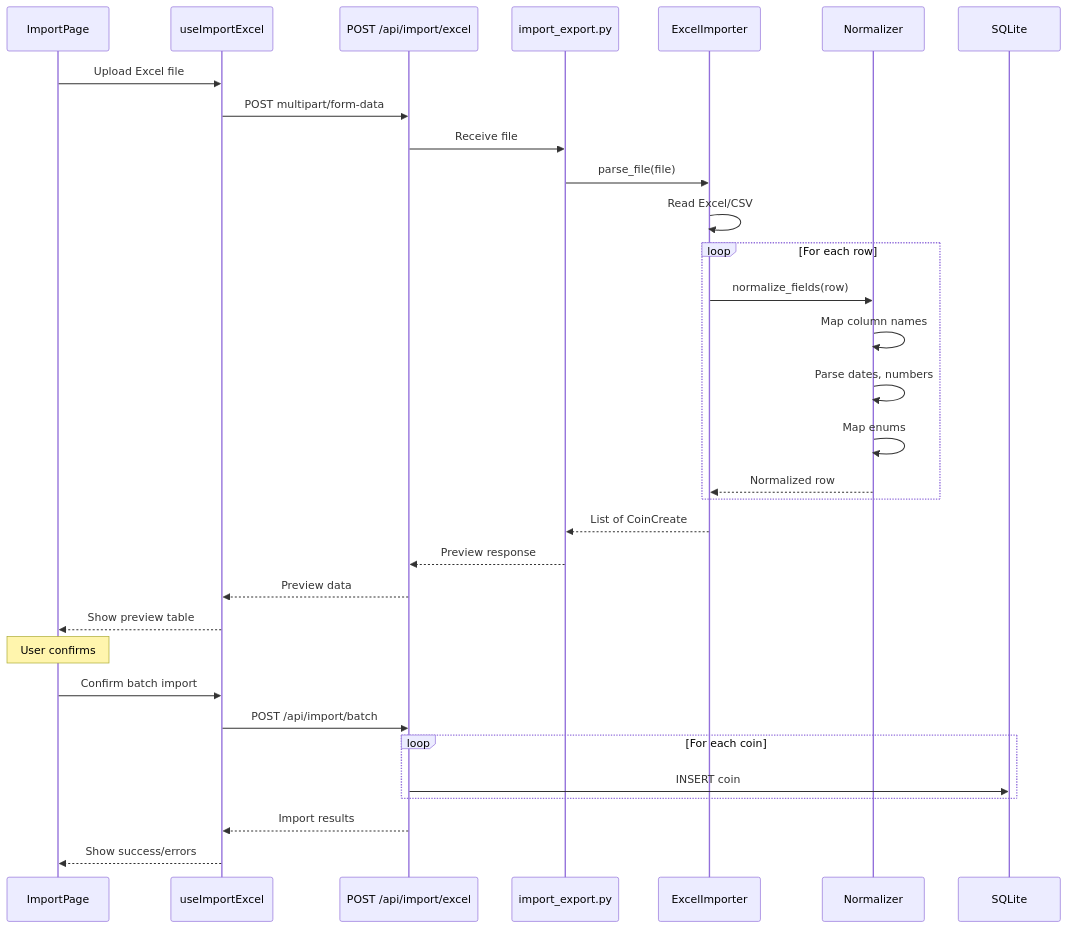
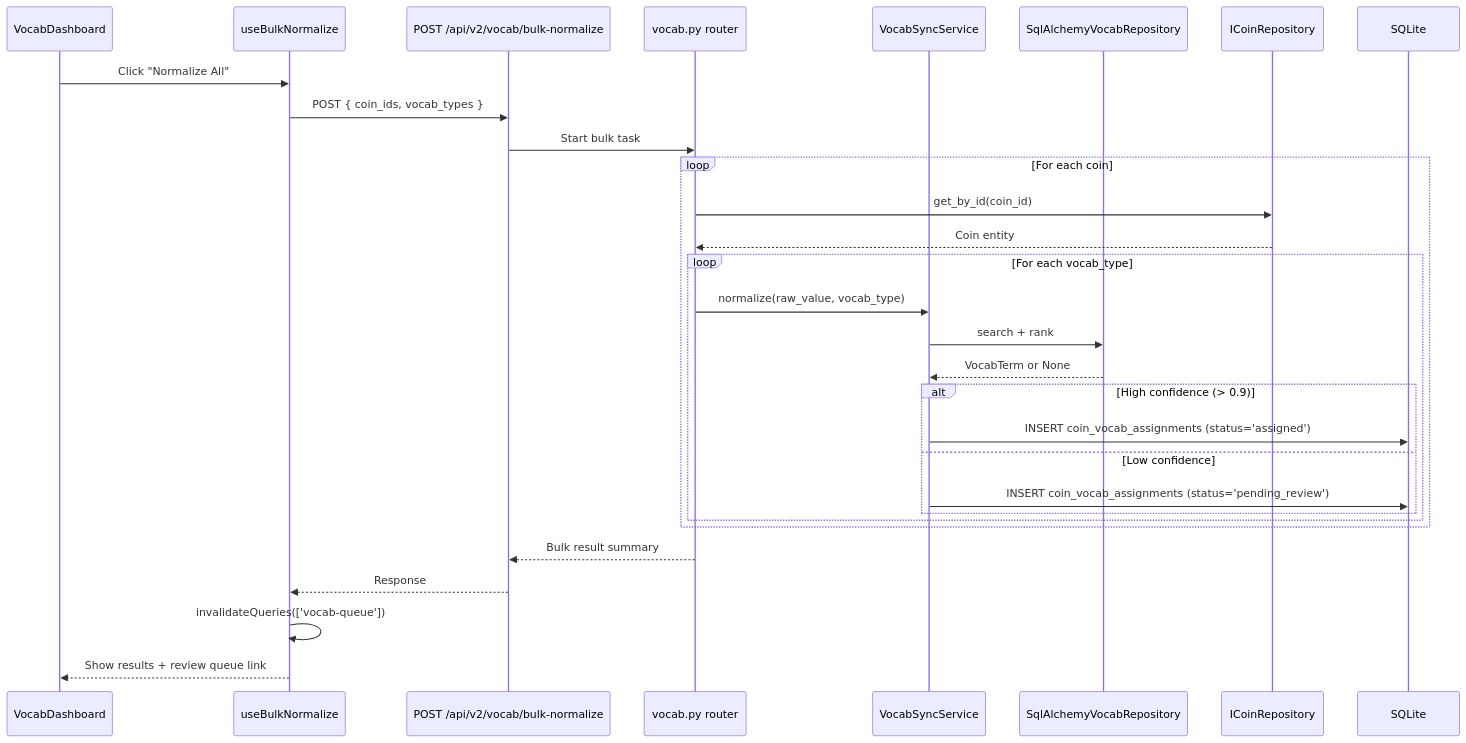
The fifth of 18 diagrams in docs/ai-guide/06-DATA-FLOWS.md (isayev/coinstack), drawn with Mermaid before and after one commit. The commit also changed other lines of this file and 6 other files, not shown here.

````diff
--- a/docs/ai-guide/06-DATA-FLOWS.md
+++ b/docs/ai-guide/06-DATA-FLOWS.md
@@ -141,37 +204,37 @@
 ```mermaid
 sequenceDiagram
-    participant UI as ImportPage
-    participant Hook as useImportExcel
-    participant API as POST /api/import/excel
-    participant Router as import_export.py
-    participant Importer as ExcelImporter
-    participant Norm as Normalizer
+    participant UI as VocabDashboard
+    participant Hook as useBulkNormalize
+    participant API as POST /api/v2/vocab/bulk-normalize
+    participant Router as vocab.py router
+    participant Service as VocabSyncService
+    participant Repo as SqlAlchemyVocabRepository
+    participant CoinRepo as ICoinRepository
     participant DB as SQLite
 
-    UI->>Hook: Upload Excel file
-    Hook->>API: POST multipart/form-data
-    API->>Router: Receive file
-    Router->>Importer: parse_file(file)
-    Importer->>Importer: Read Excel/CSV
-    loop For each row
-        Importer->>Norm: normalize_fields(row)
-        Norm->>Norm: Map column names
-        Norm->>Norm: Parse dates, numbers
-        Norm->>Norm: Map enums
-        Norm-->>Importer: Normalized row
+    UI->>Hook: Click "Normalize All"
+    Hook->>API: POST { coin_ids, vocab_types }
+    API->>Router: Start bulk task
+
+    loop For each coin
+        Router->>CoinRepo: get_by_id(coin_id)
+        CoinRepo-->>Router: Coin entity
+
+        loop For each vocab_type
+            Router->>Service: normalize(raw_value, vocab_type)
+            Service->>Repo: search + rank
+            Repo-->>Service: VocabTerm or None
+
+            alt High confidence (> 0.9)
+                Service->>DB: INSERT coin_vocab_assignments (status='assigned')
+            else Low confidence
+                Service->>DB: INSERT coin_vocab_assignments (status='pending_review')
+            end
+        end
     end
-    Importer-->>Router: List of CoinCreate
-    Router-->>API: Preview response
-    API-->>Hook: Preview data
-    Hook-->>UI: Show preview table
-    
-    Note over UI: User confirms
-    
-    UI->>Hook: Confirm batch import
-    Hook->>API: POST /api/import/batch
-    loop For each coin
-        API->>DB: INSERT coin
-    end
-    API-->>Hook: Import results
-    Hook-->>UI: Show success/errors
+
+    Router-->>API: Bulk result summary
+    API-->>Hook: Response
+    Hook->>Hook: invalidateQueries(['vocab-queue'])
+    Hook-->>UI: Show results + review queue link
 ```
````
